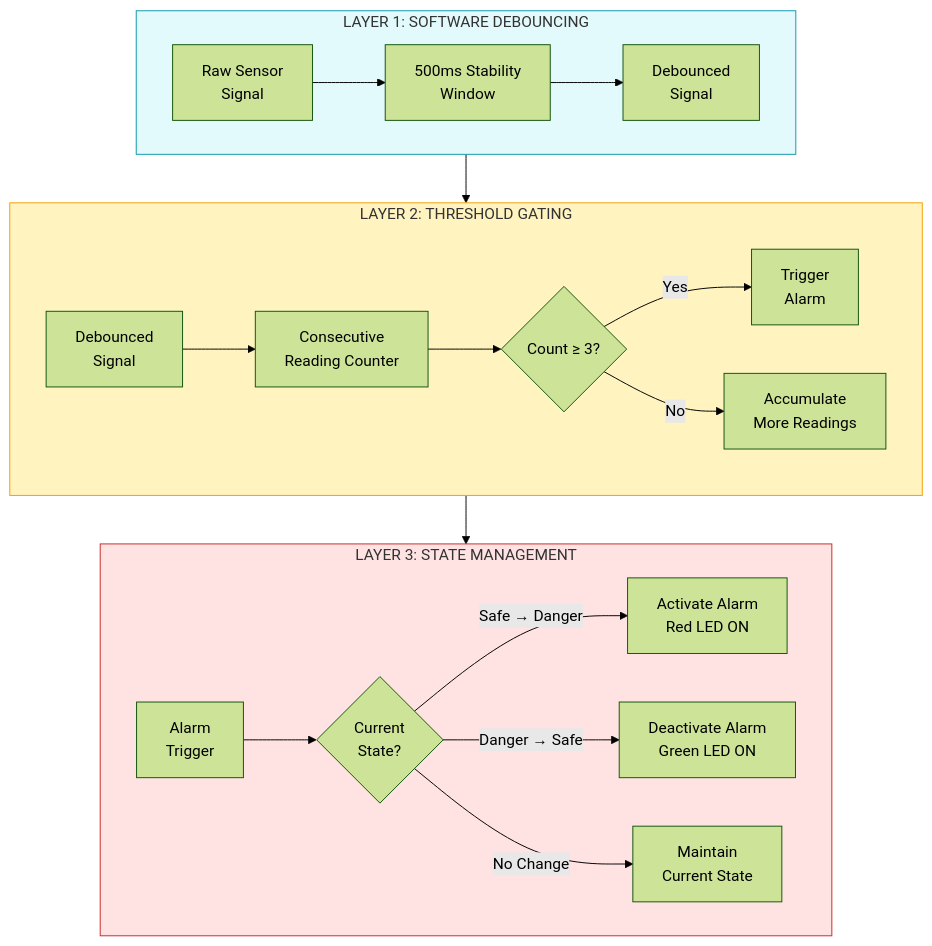
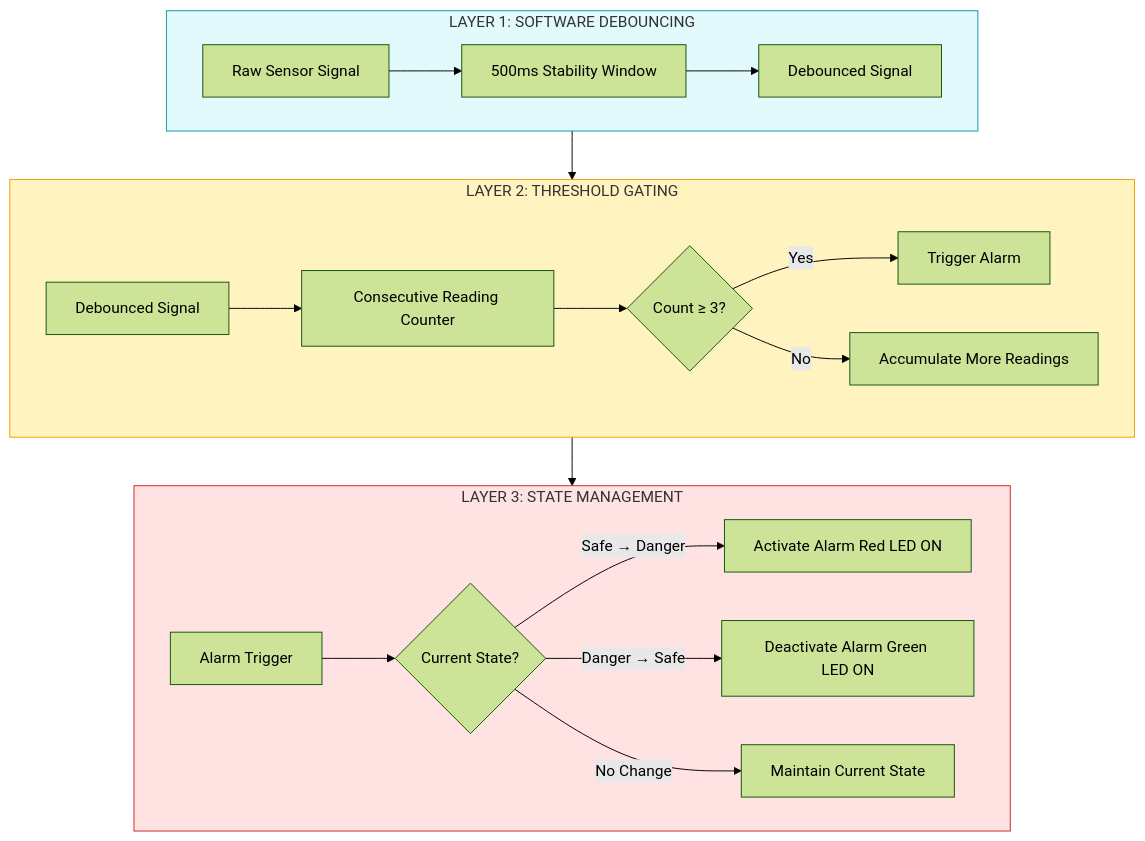
Before and after one commit to kelvinmwega/gas-leak-detection: the seventh of 14 diagrams in BLOCK-DIAGRAM.md, drawn with Mermaid (forest theme). The commit also changed other lines of this file, not shown here.

Commit message:
block diagrams updated

````diff
--- a/BLOCK-DIAGRAM.md
+++ b/BLOCK-DIAGRAM.md
@@ -306,31 +306,31 @@
 ```mermaid
 graph TB
   subgraph Layer1["LAYER 1: SOFTWARE DEBOUNCING"]
     direction LR
-    Input1[Raw Sensor\nSignal] --> Timer[500ms Stability\nWindow]
-    Timer --> Output1[Debounced\nSignal]
+    Input1[Raw Sensor Signal] --> Timer[500ms Stability Window]
+    Timer --> Output1[Debounced Signal]
   end
 
   subgraph Layer2["LAYER 2: THRESHOLD GATING"]
     direction LR
-    Input2[Debounced\nSignal] --> Counter[Consecutive\nReading Counter]
+    Input2[Debounced Signal] --> Counter[Consecutive Reading Counter]
     Counter --> Gate{Count ≥ 3?}
-    Gate -->|Yes| Output2[Trigger\nAlarm]
-    Gate -->|No| Wait[Accumulate\nMore Readings]
+    Gate -->|Yes| Output2[Trigger Alarm]
+    Gate -->|No| Wait[Accumulate More Readings]
   end
 
   subgraph Layer3["LAYER 3: STATE MANAGEMENT"]
     direction LR
-    Input3[Alarm\nTrigger] --> StateMachine{Current\nState?}
-    StateMachine -->|Safe → Danger| Activate[Activate Alarm\nRed LED ON]
-    StateMachine -->|Danger → Safe| Deactivate[Deactivate Alarm\nGreen LED ON]
-    StateMachine -->|No Change| Maintain[Maintain\nCurrent State]
+    Input3[Alarm Trigger] --> StateMachine{Current State?}
+    StateMachine -->|Safe → Danger| Activate[Activate Alarm Red LED ON]
+    StateMachine -->|Danger → Safe| Deactivate[Deactivate Alarm Green LED ON]
+    StateMachine -->|No Change| Maintain[Maintain Current State]
   end
 
   Output1 --> Input2
   Output2 --> Input3
 
   style Layer1 fill:#e3fafc,stroke:#1098ad
   style Layer2 fill:#fff3bf,stroke:#f59f00
   style Layer3 fill:#ffe3e3,stroke:#c92a2a
 ```
````
